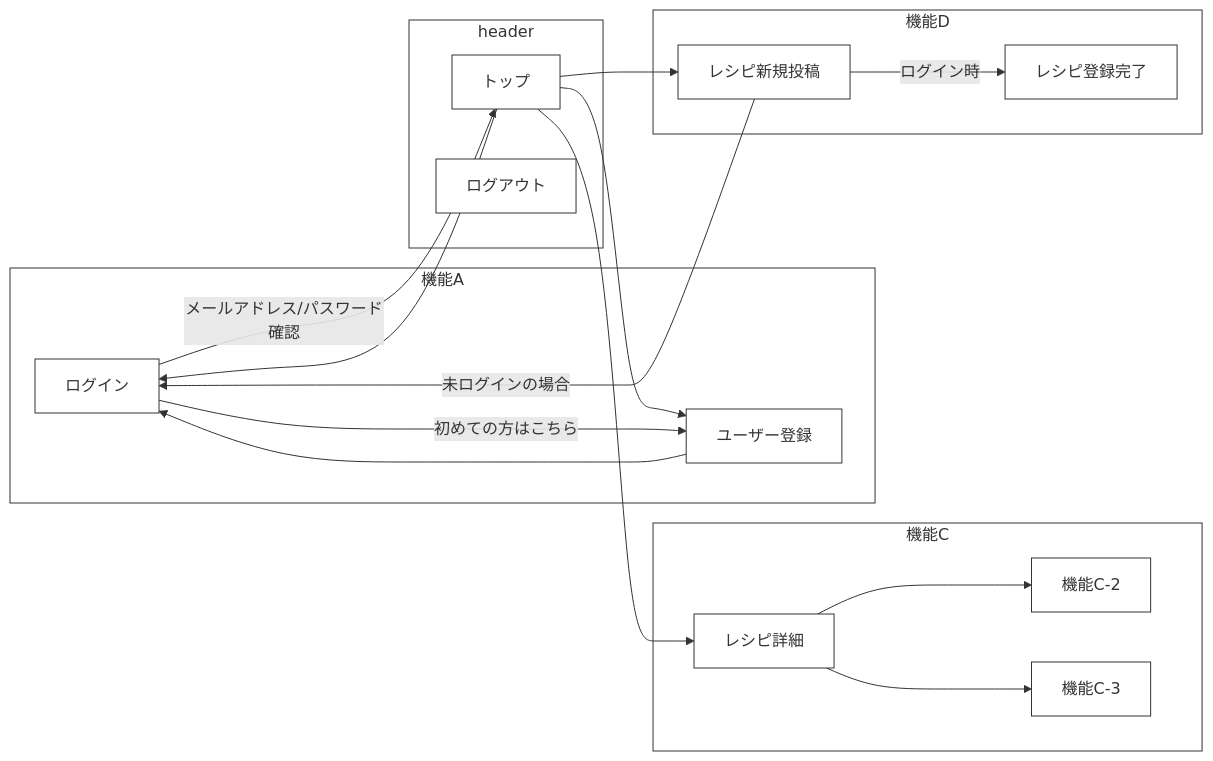
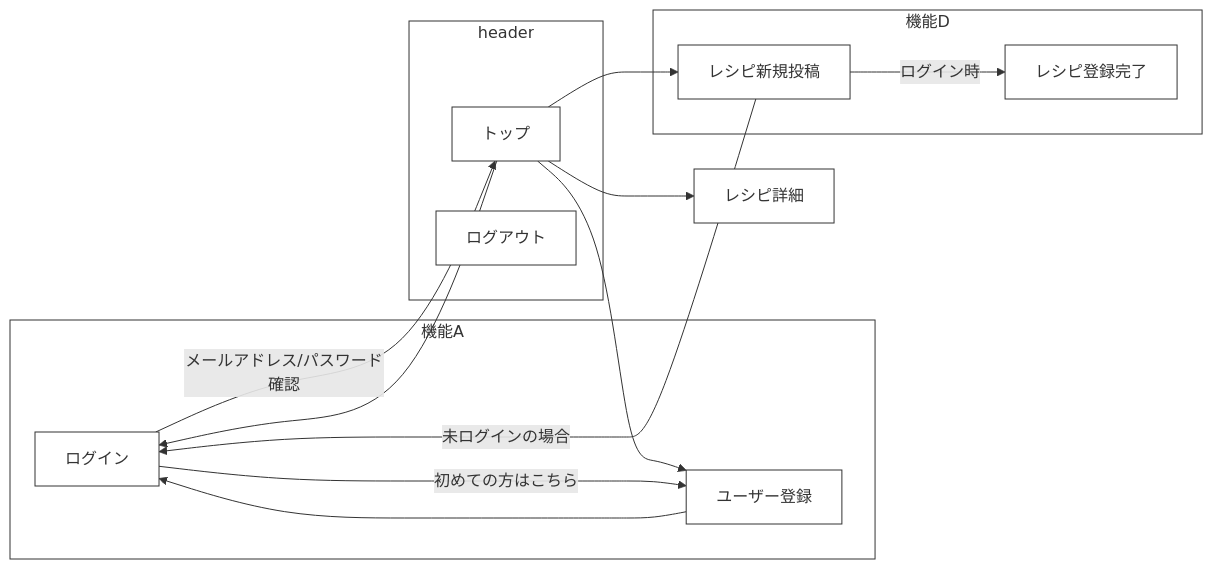
The diagram in docs/screen-transition.md (mykkr1122/recipe-site), drawn with Mermaid before and after one commit. The commit also changed 8 other files, not shown here.

````diff
--- a/docs/screen-transition.md
+++ b/docs/screen-transition.md
@@ -1,40 +1,36 @@
 ```mermaid
 graph LR
   classDef default fill: #fff,stroke: #333,stroke-width: 1px;
   style funcA fill: #fff,stroke: #333,stroke-width: 1px;
-  style funcC fill: #fff,stroke: #333,stroke-width: 1px;
+ 
   style funcD fill: #fff,stroke: #333,stroke-width: 1px;
   style header fill: #fff,stroke: #333,stroke-width: 1px;
 
   ログイン -- メールアドレス/パスワード確認 --> トップ
 
   トップ --> ログイン
   トップ --> ユーザー登録
   トップ --> レシピ詳細
   トップ --> レシピ新規投稿
 
   subgraph funcA [機能A]
     ログイン -- 初めての方はこちら --> ユーザー登録 --> ログイン
   end
 
  
 
-  subgraph funcC [機能C]
-    レシピ詳細 --> 機能C-2
-    レシピ詳細 --> 機能C-3
-  end
 
   subgraph funcD [機能D]
     レシピ新規投稿 -- 未ログインの場合 --> ログイン
     レシピ新規投稿 -- ログイン時 --> レシピ登録完了
   end
 
   
 
   subgraph header
     ログアウト
     トップ
     レシピ新規投稿
   end
 
 ```
````
